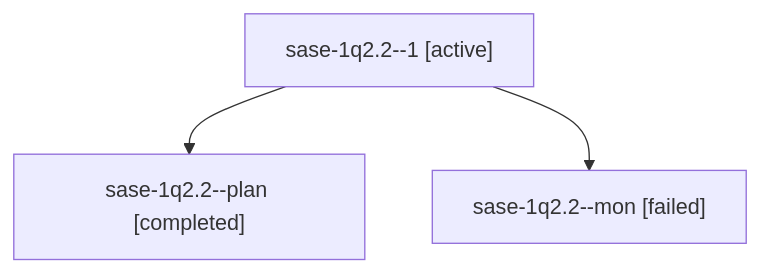
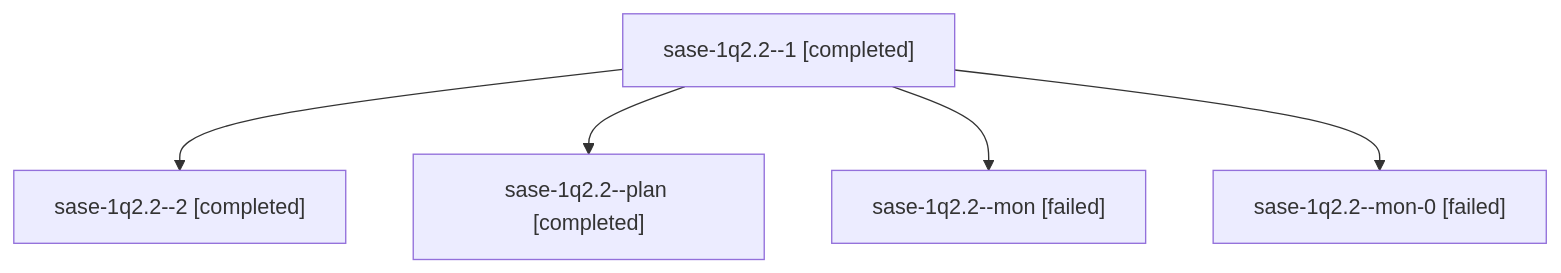
Before and after one commit to sase-org/sase--agents: the diagram in sessions/bbugyi200.athena.sase-1q2.2.md, drawn with Mermaid. The commit also changed other lines of this file and 33 other files, not shown here.

````diff
--- a/sessions/bbugyi200.athena.sase-1q2.2.md
+++ b/sessions/bbugyi200.athena.sase-1q2.2.md
@@ -9,8 +9,12 @@
 ```mermaid
 flowchart TD
-  n0["sase-1q2.2--1 [active]"]
-  n1["sase-1q2.2--plan [completed]"]
+  n0["sase-1q2.2--1 [completed]"]
+  n1["sase-1q2.2--2 [completed]"]
   n0 --> n1
-  n2["sase-1q2.2--mon [failed]"]
+  n2["sase-1q2.2--plan [completed]"]
   n0 --> n2
+  n3["sase-1q2.2--mon [failed]"]
+  n0 --> n3
+  n4["sase-1q2.2--mon-0 [failed]"]
+  n0 --> n4
 ```
````
